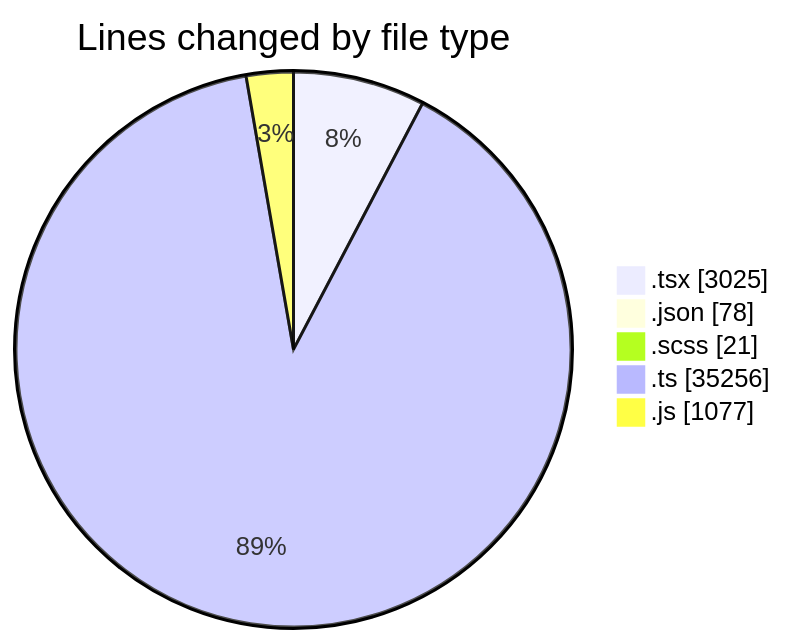
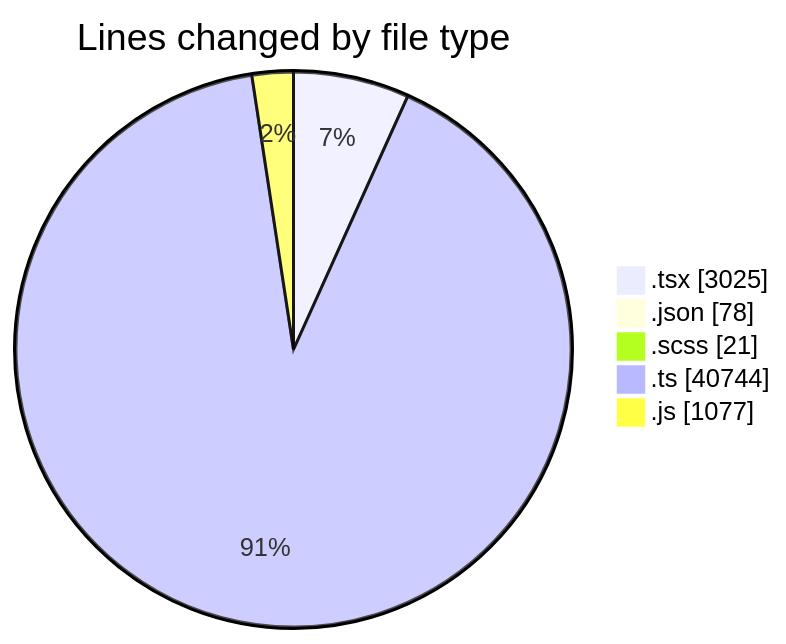
Before and after one commit to momahboobian/code-tracking: the first of 2 diagrams in 2026-09-29/cda/README.md, drawn with Mermaid. The commit also changed other lines of this file and 1 other file, not shown here.

````diff
--- a/2026-09-29/cda/README.md
+++ b/2026-09-29/cda/README.md
@@ -41,9 +42,9 @@
 ```mermaid
 pie showData
 title Lines changed by file type
 ".tsx" : 3025
 ".json" : 78
 ".scss" : 21
-".ts" : 35256
+".ts" : 40744
 ".js" : 1077
 ```
````
